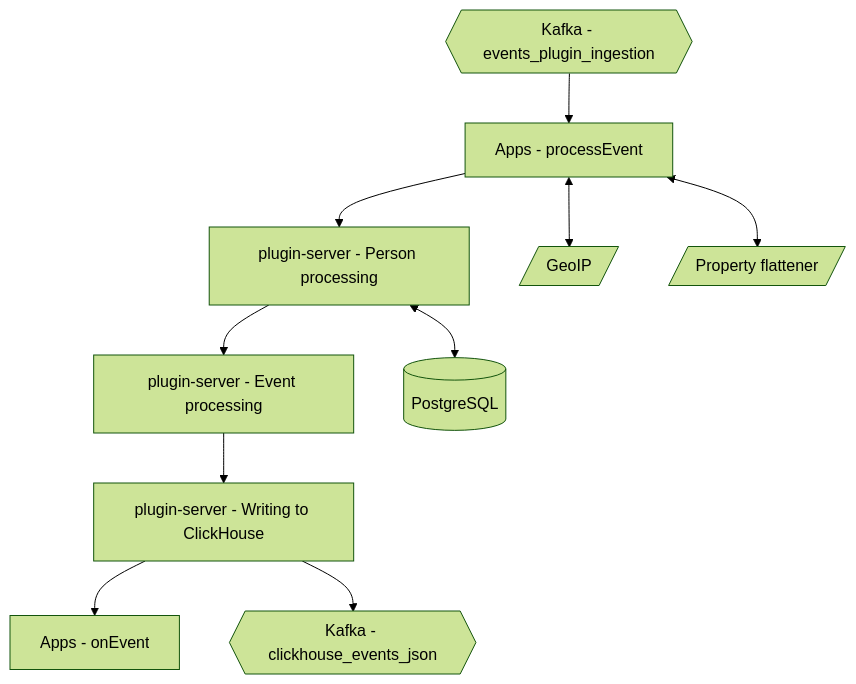
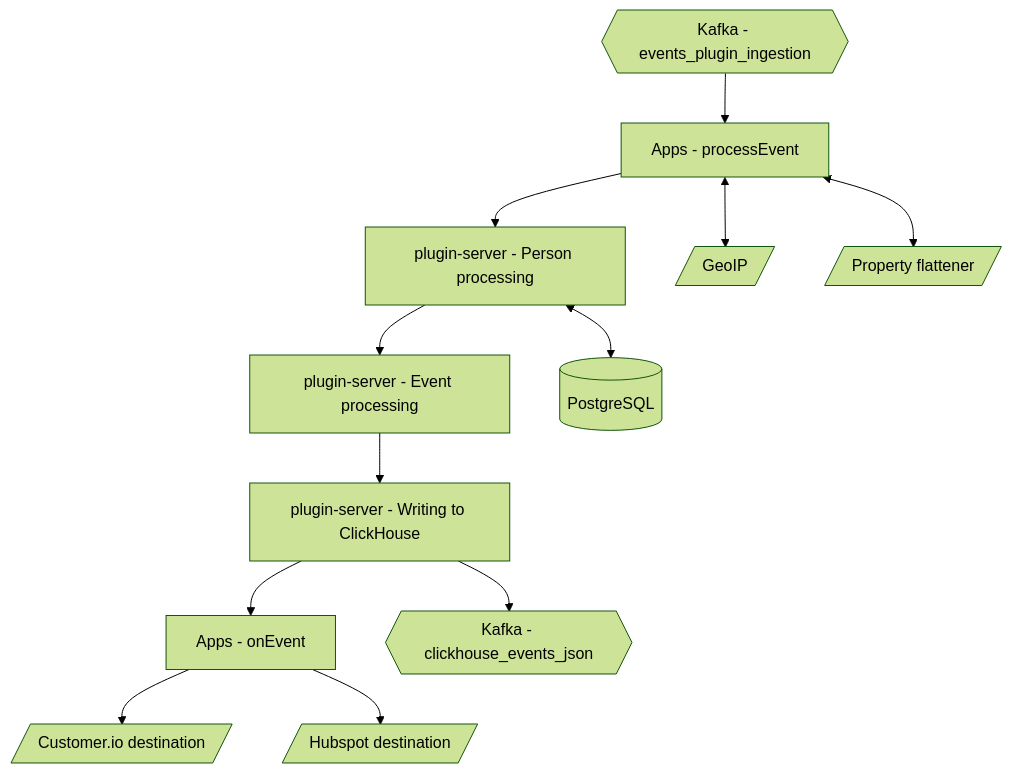
The second of 2 diagrams in contents/docs/how-posthog-works/ingestion-pipeline.mdx (PostHog/posthog.com), drawn with Mermaid (forest theme) before and after one commit. The commit also changed other lines of this file, not shown here.

````diff
--- a/contents/docs/how-posthog-works/ingestion-pipeline.mdx
+++ b/contents/docs/how-posthog-works/ingestion-pipeline.mdx
@@ -48,28 +46,32 @@
 ```mermaid
 flowchart TD
     STEP2["Apps - processEvent"]
     STEP3["plugin-server - Person processing"]
     STEP4["plugin-server - Event processing"]
     STEP5["plugin-server - Writing to ClickHouse"]
     STEP6["Apps - onEvent"]
     APPS1[/"GeoIP"/]
     APPS3[/"Property flattener"/]
+    APPS2[/"Customer.io destination"/]
+    APPS4[/"Hubspot destination"/]
     PERSONS[("PostgreSQL")]
     KafkaIn{{"Kafka - events_plugin_ingestion"}}
     KafkaOut{{"Kafka - clickhouse_events_json"}}
 
     KafkaIn --> STEP2
 
     STEP2 --> STEP3
     STEP3 --> STEP4
     STEP4 --> STEP5
     STEP5 --> STEP6
 
     STEP2 <--> APPS1
     STEP2 <--> APPS3
+    STEP6 --> APPS2
+    STEP6 --> APPS4
 
     STEP5 --> KafkaOut
 
     STEP3 <--> PERSONS
 
 ```
````
